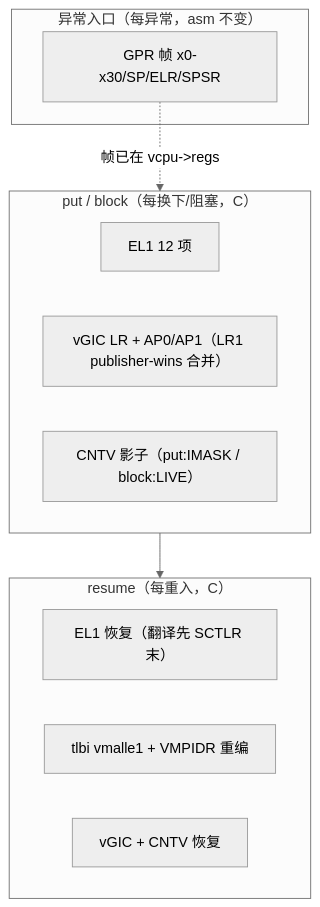
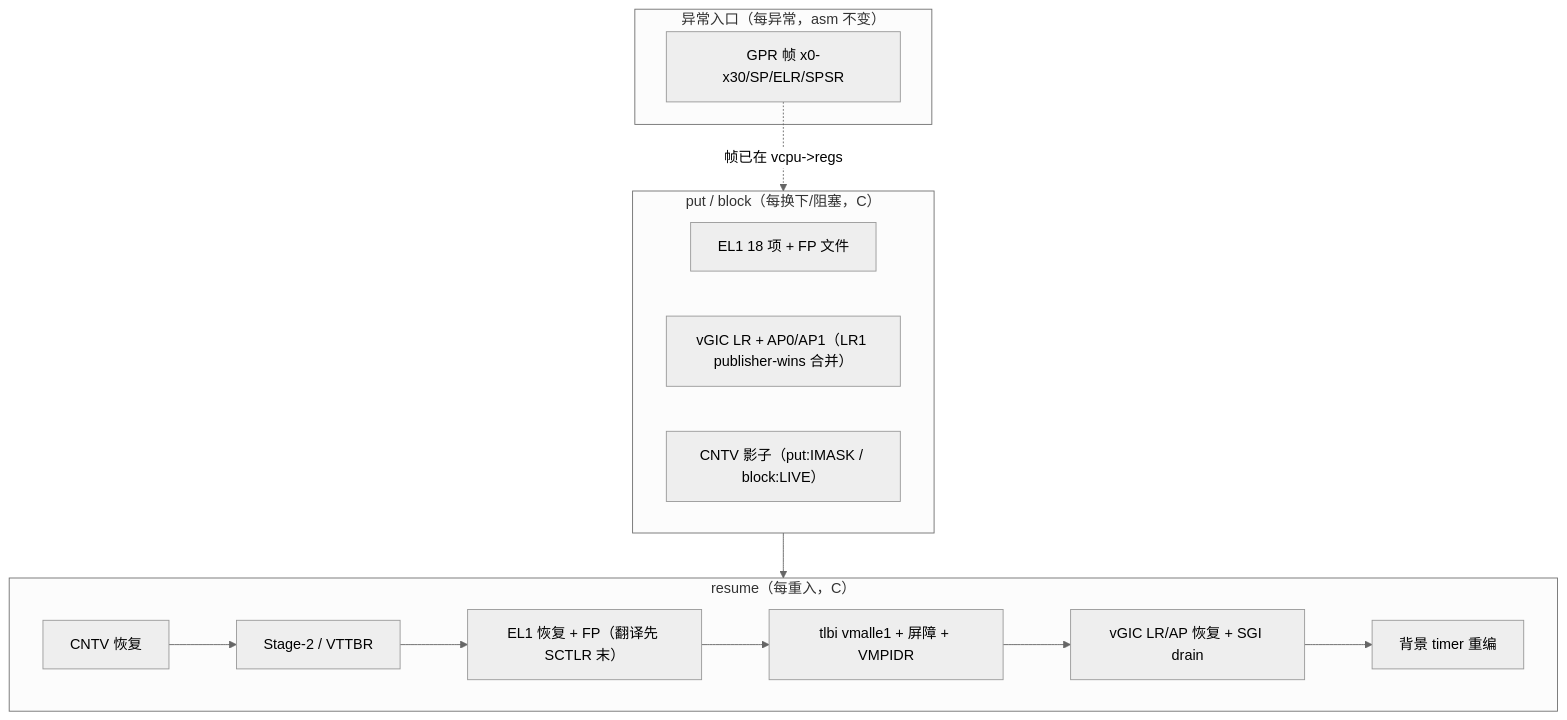
Before and after one commit to James7zy/hypervisor: the diagram in docs/adr/0019-two-layer-state-division.md, drawn with Mermaid (neutral theme). The commit also changed other lines of this file and 2 other files, not shown here.

````diff
--- a/docs/adr/0019-two-layer-state-division.md
+++ b/docs/adr/0019-two-layer-state-division.md
@@ -48,18 +49,20 @@
 ```mermaid
 flowchart TB
     subgraph ASM["异常入口（每异常，asm 不变）"]
         GPR["GPR 帧 x0-x30/SP/ELR/SPSR"]
     end
     subgraph PUT["put / block（每换下/阻塞，C）"]
-        EL1["EL1 12 项"]
+        EL1["EL1 18 项 + FP 文件"]
         VGIC["vGIC LR + AP0/AP1（LR1 publisher-wins 合并）"]
         CNTV["CNTV 影子（put:IMASK / block:LIVE）"]
     end
     subgraph RES["resume（每重入，C）"]
-        R1["EL1 恢复（翻译先 SCTLR 末）"]
-        R2["tlbi vmalle1 + VMPIDR 重编"]
-        R3["vGIC + CNTV 恢复"]
+        R0["CNTV 恢复"] --> R1["Stage-2 / VTTBR"]
+        R1 --> R2["EL1 恢复 + FP（翻译先 SCTLR 末）"]
+        R2 --> R3["tlbi vmalle1 + 屏障 + VMPIDR"]
+        R3 --> R4["vGIC LR/AP 恢复 + SGI drain"]
+        R4 --> R5["背景 timer 重编"]
     end
     GPR -.帧已在 vcpu->regs.-> PUT
     PUT --> RES
 ```
````
